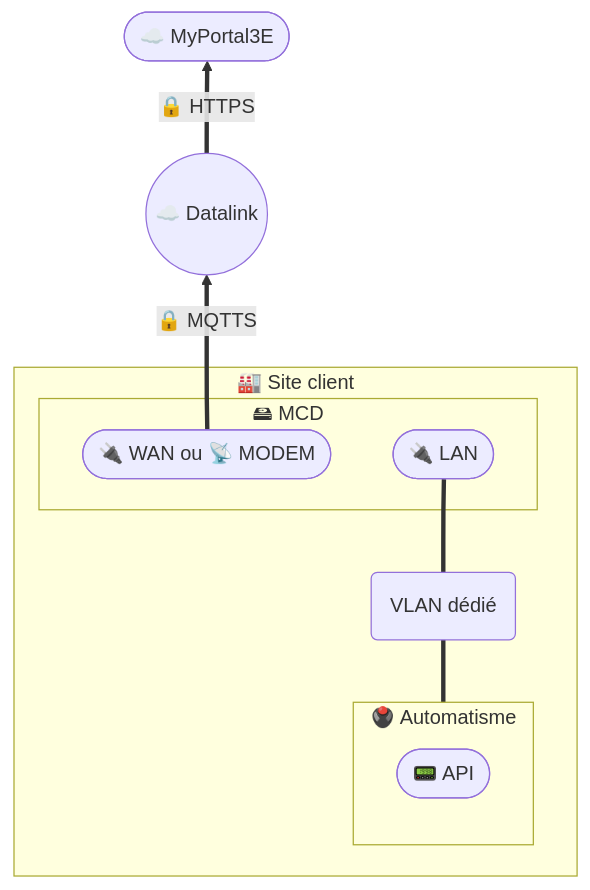
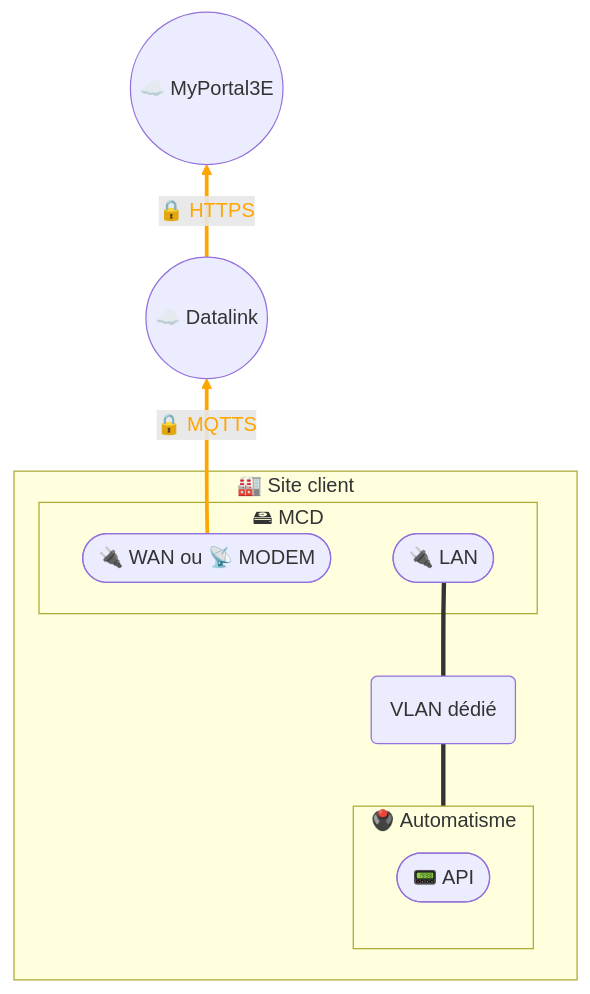
Before and after one commit to JohannPx/network-architectures: the second of 2 diagrams in docs/data/Collecte de données - MCD.md, drawn with Mermaid. The commit also changed other lines of this file and 12 other files, not shown here.

````diff
--- a/docs/data/Collecte de données - MCD.md
+++ b/docs/data/Collecte de données - MCD.md
@@ -33,19 +33,22 @@
 ```mermaid
 flowchart BT
 
-    mcdWan == 🔒 MQTTS ==> datalink((☁️ Datalink)) == 🔒 HTTPS ==> myportal3e([☁️ MyPortal3E])
+    mcdWan == 🔒 MQTTS ==> datalink((☁️ Datalink)) == 🔒 HTTPS ==> myportal3e((☁️ MyPortal3E))
 
     subgraph site [🏭 Site client]
         subgraph mcd [🖴 MCD]
             mcdLan([🔌 LAN])
             mcdWan([🔌 WAN ou 📡 MODEM])
         end
         vlan(VLAN dédié)
         subgraph automation [🖲️ Automatisme]
             plc([📟 API])
         end
     end
 
     automation === vlan
     vlan === mcdLan
+    
+    linkStyle 0 stroke:orange,stroke-width:3px,color:orange;
+    linkStyle 1 stroke:orange,stroke-width:3px,color:orange;
 ```
````
